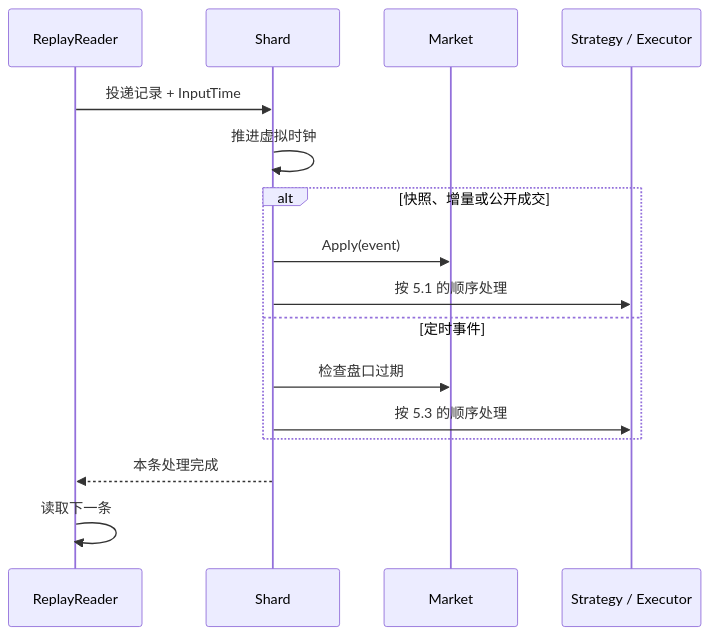
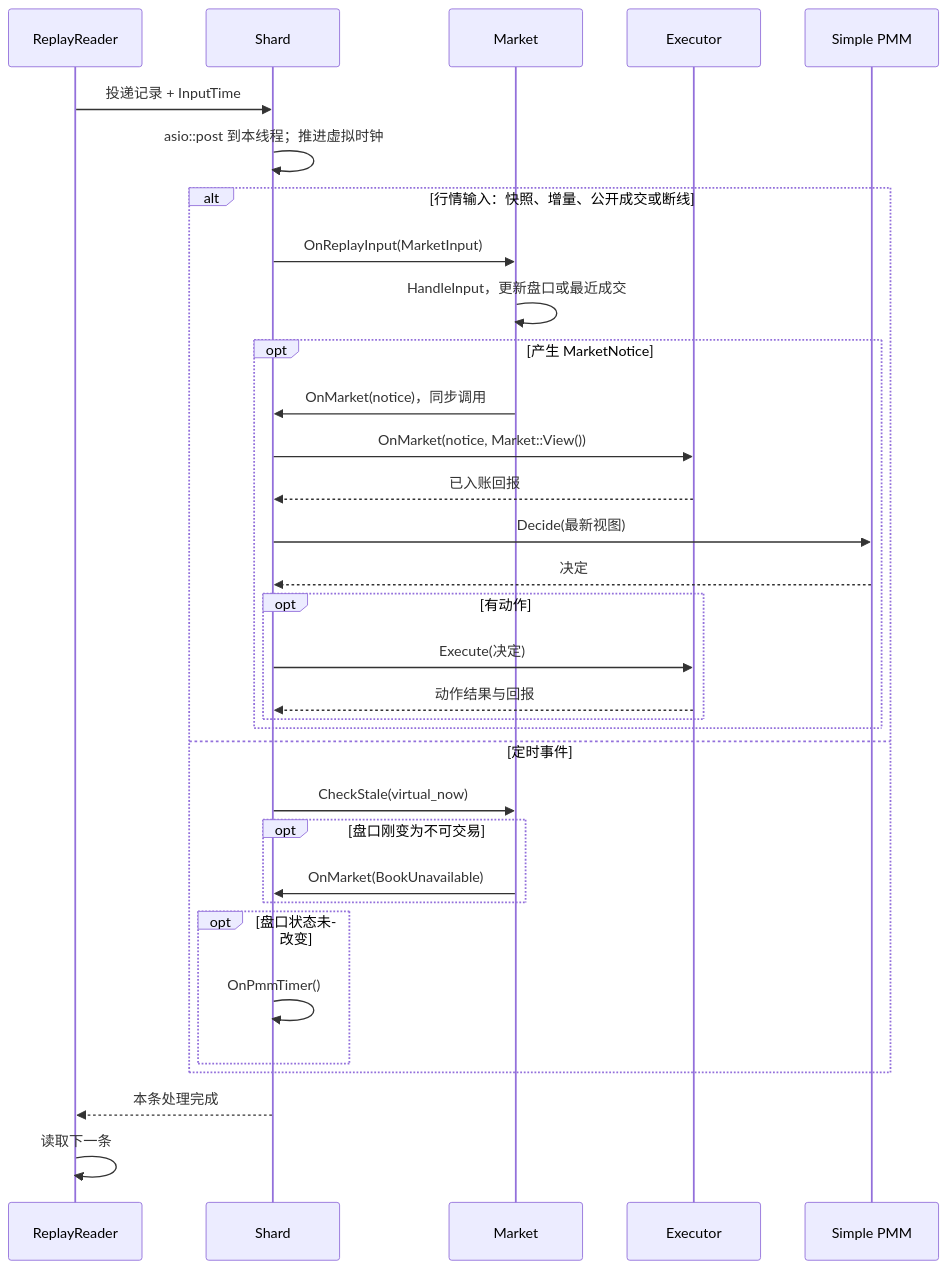
Before and after one commit to larrystd/hbot-quant: the third of 6 diagrams in docs/DESIGN.md, drawn with Mermaid. The commit also changed other lines of this file, not shown here.

Commit message:
Clarify market ownership and flatten executable layout

```diff
--- a/docs/DESIGN.md
+++ b/docs/DESIGN.md
@@ -146,18 +205,35 @@
 ~~~mermaid
 sequenceDiagram
     participant F as ReplayReader
     participant S as Shard
     participant M as Market
-    participant P as Strategy / Executor
+    participant E as Executor
+    participant P as Simple PMM
     F->>S: 投递记录 + InputTime
-    S->>S: 推进虚拟时钟
-    alt 快照、增量或公开成交
-        S->>M: Apply(event)
-        S->>P: 按 5.1 的顺序处理
+    S->>S: asio::post 到本线程；推进虚拟时钟
+    alt 行情输入：快照、增量、公开成交或断线
+        S->>M: OnReplayInput(MarketInput)
+        M->>M: HandleInput，更新盘口或最近成交
+        opt 产生 MarketNotice
+            M->>S: OnMarket(notice)，同步调用
+            S->>E: OnMarket(notice, Market::View())
+            E-->>S: 已入账回报
+            S->>P: Decide(最新视图)
+            P-->>S: 决定
+            opt 有动作
+                S->>E: Execute(决定)
+                E-->>S: 动作结果与回报
+            end
+        end
     else 定时事件
-        S->>M: 检查盘口过期
-        S->>P: 按 5.3 的顺序处理
+        S->>M: CheckStale(virtual_now)
+        opt 盘口刚变为不可交易
+            M->>S: OnMarket(BookUnavailable)
+        end
+        opt 盘口状态未改变
+            S->>S: OnPmmTimer()
+        end
     end
     S-->>F: 本条处理完成
     F->>F: 读取下一条
 ~~~
```
